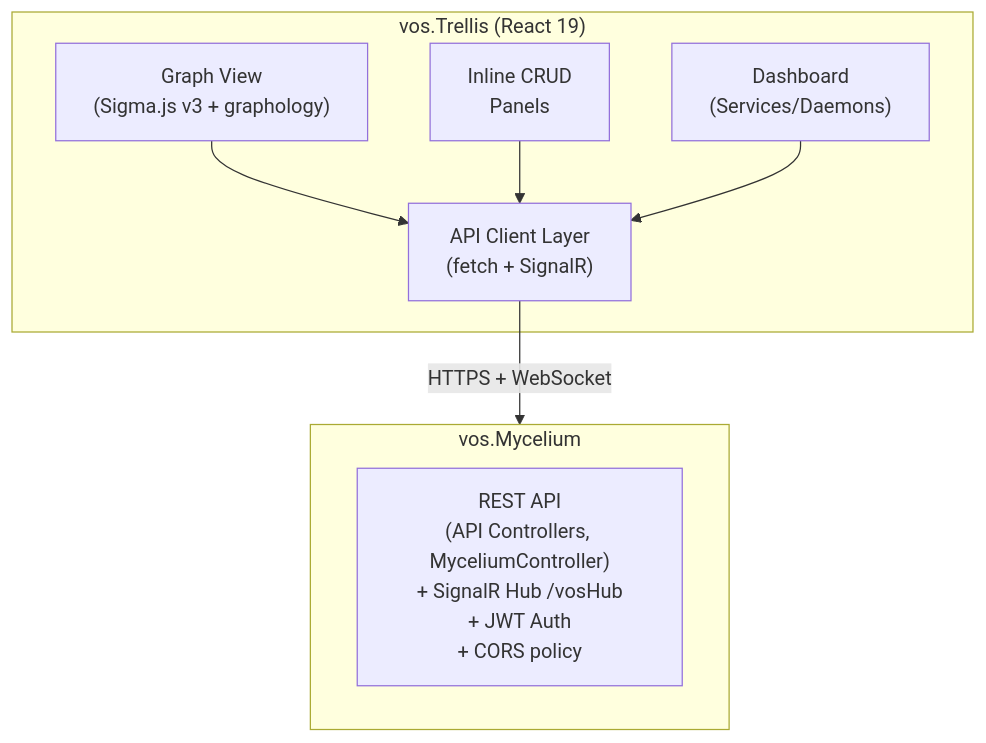
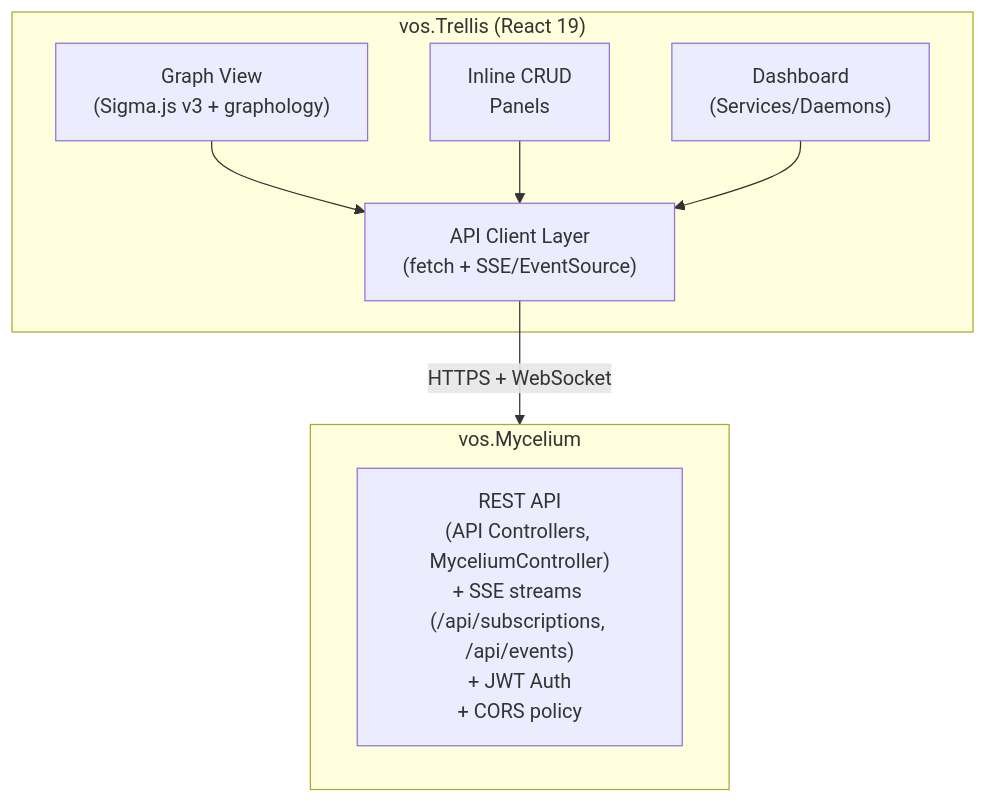
Before and after one commit to ReGen-Villages/VillageOS-API: the diagram in docs/TRELLIS.md, drawn with Mermaid. The commit also changed other lines of this file and 12 other files, not shown here.

First line of the commit message:
feat(#5588): Trellis live updates over SSE, remove SignalR (Phase 8c)

````diff
--- a/docs/TRELLIS.md
+++ b/docs/TRELLIS.md
@@ -587,15 +587,15 @@
 ```mermaid
 graph TB
     subgraph GUI["vos.Trellis (React 19)"]
         Graph["Graph View<br/>(Sigma.js v3 + graphology)"]
         Commands["Inline CRUD<br/>Panels"]
         Dashboard["Dashboard<br/>(Services/Daemons)"]
-        Graph & Commands & Dashboard --> APIClient["API Client Layer<br/>(fetch + SignalR)"]
+        Graph & Commands & Dashboard --> APIClient["API Client Layer<br/>(fetch + SSE/EventSource)"]
     end
 
     APIClient -->|"HTTPS + WebSocket"| Mycelium
 
     subgraph Mycelium["vos.Mycelium"]
-        API["REST API<br/>(API Controllers, MyceliumController)<br/>+ SignalR Hub /vosHub<br/>+ JWT Auth<br/>+ CORS policy"]
+        API["REST API<br/>(API Controllers, MyceliumController)<br/>+ SSE streams (/api/subscriptions, /api/events)<br/>+ JWT Auth<br/>+ CORS policy"]
     end
 ```
````
